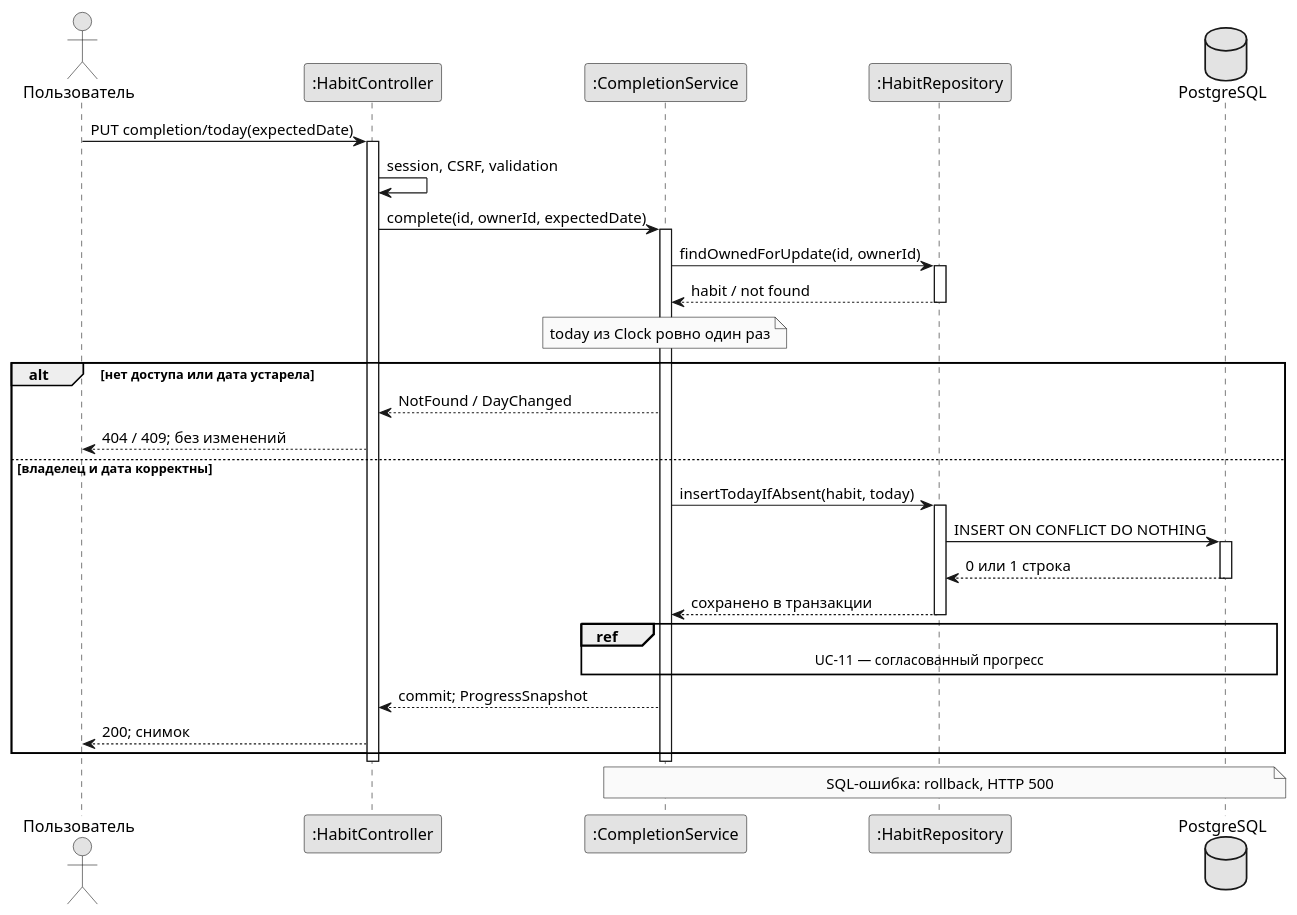
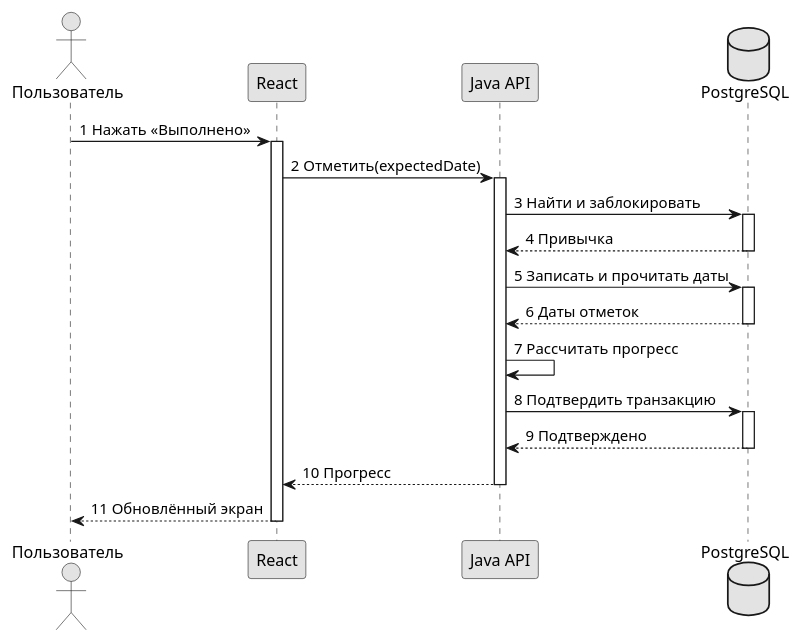
Before and after one commit to ysayonnar/SDLC: the diagram in uml/models/sequence-complete-today-a3.puml, drawn with PlantUML. The commit also changed 29 other files, not shown here.

```diff
--- a/uml/models/sequence-complete-today-a3.puml
+++ b/uml/models/sequence-complete-today-a3.puml
@@ -1,40 +1,20 @@
 @startuml
 skinparam monochrome true
 skinparam shadowing false
 skinparam defaultFontName Arial
-skinparam BackgroundColor white
 actor Пользователь as U
-participant ":HabitController" as C
-participant ":CompletionService" as S
-participant ":HabitRepository" as R
-database PostgreSQL as DB
-U -> C : PUT completion/today(expectedDate)
-activate C
-C -> C : session, CSRF, validation
-C -> S : complete(id, ownerId, expectedDate)
-activate S
-S -> R : findOwnedForUpdate(id, ownerId)
-activate R
-R --> S : habit / not found
-deactivate R
-note over S : today из Clock ровно один раз
-alt нет доступа или дата устарела
- S --> C : NotFound / DayChanged
- C --> U : 404 / 409; без изменений
-else владелец и дата корректны
- S -> R : insertTodayIfAbsent(habit, today)
- activate R
- R -> DB : INSERT ON CONFLICT DO NOTHING
- activate DB
- DB --> R : 0 или 1 строка
- deactivate DB
- R --> S : сохранено в транзакции
- deactivate R
- ref over S, DB : UC-11 — согласованный прогресс
-S --> C : commit; ProgressSnapshot
-C --> U : 200; снимок
-end
-deactivate S
-deactivate C
-note over S, DB : SQL-ошибка: rollback, HTTP 500
+participant "React" as UI
+participant "Java API" as API
+database "PostgreSQL" as DB
+U -> UI ++ : 1 Нажать «Выполнено»
+UI -> API ++ : 2 Отметить(expectedDate)
+API -> DB ++ : 3 Найти и заблокировать
+DB --> API -- : 4 Привычка
+API -> DB ++ : 5 Записать и прочитать даты
+DB --> API -- : 6 Даты отметок
+API -> API : 7 Рассчитать прогресс
+API -> DB ++ : 8 Подтвердить транзакцию
+DB --> API -- : 9 Подтверждено
+API --> UI -- : 10 Прогресс
+UI --> U -- : 11 Обновлённый экран
 @enduml
```
